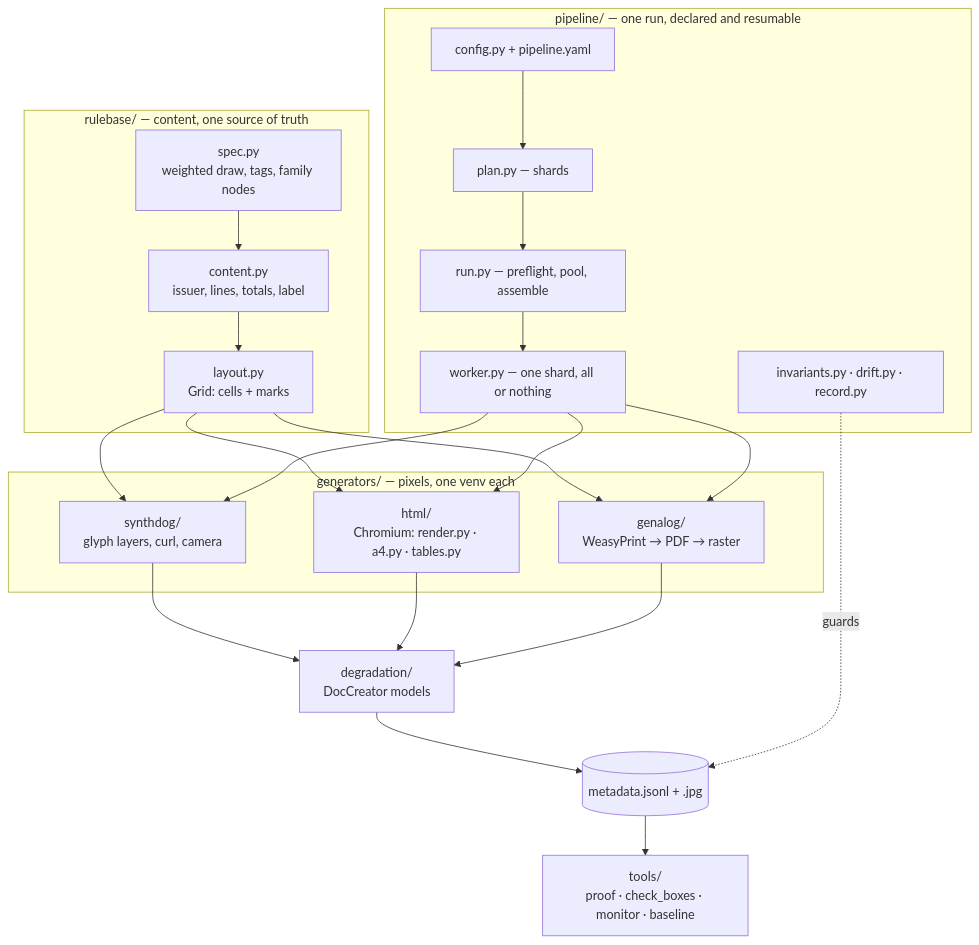
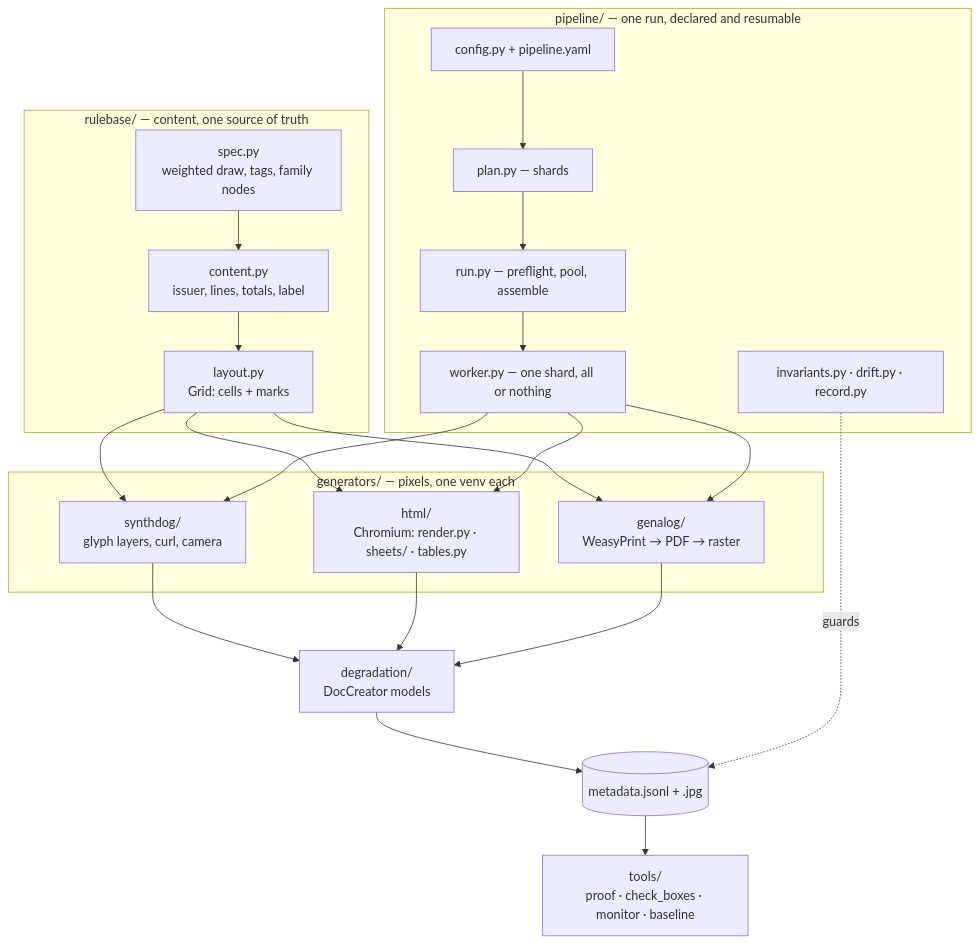
The second of 9 diagrams in README.md (LinhPhuong14/vlm-ocr-synthetic), drawn with Mermaid before and after one commit. The commit also changed other lines of this file and 17 other files, not shown here.

````diff
--- a/README.md
+++ b/README.md
@@ -96,32 +96,32 @@
 ```mermaid
 flowchart TD
     subgraph rulebase["rulebase/ — content, one source of truth"]
         S["spec.py<br/>weighted draw, tags, family nodes"]
         C["content.py<br/>issuer, lines, totals, label"]
         L["layout.py<br/>Grid: cells + marks"]
     end
 
     subgraph backends["generators/ — pixels, one venv each"]
         R1["synthdog/<br/>glyph layers, curl, camera"]
-        R2["html/<br/>Chromium: render.py · a4.py · tables.py"]
+        R2["html/<br/>Chromium: render.py · sheets/ · tables.py"]
         R3["genalog/<br/>WeasyPrint → PDF → raster"]
     end
 
     subgraph orch["pipeline/ — one run, declared and resumable"]
         CF["config.py + pipeline.yaml"]
         PL["plan.py — shards"]
         WK["worker.py — one shard, all or nothing"]
         RN["run.py — preflight, pool, assemble"]
         IV["invariants.py · drift.py · record.py"]
     end
 
     D["degradation/<br/>DocCreator models"]
     O[("metadata.jsonl + .jpg")]
 
     S --> C --> L
     L --> R1 & R2 & R3
     R1 & R2 & R3 --> D --> O
     CF --> PL --> RN --> WK --> R1 & R2 & R3
     IV -.guards.-> O
     O --> T["tools/<br/>proof · check_boxes · monitor · baseline"]
 ```
````
